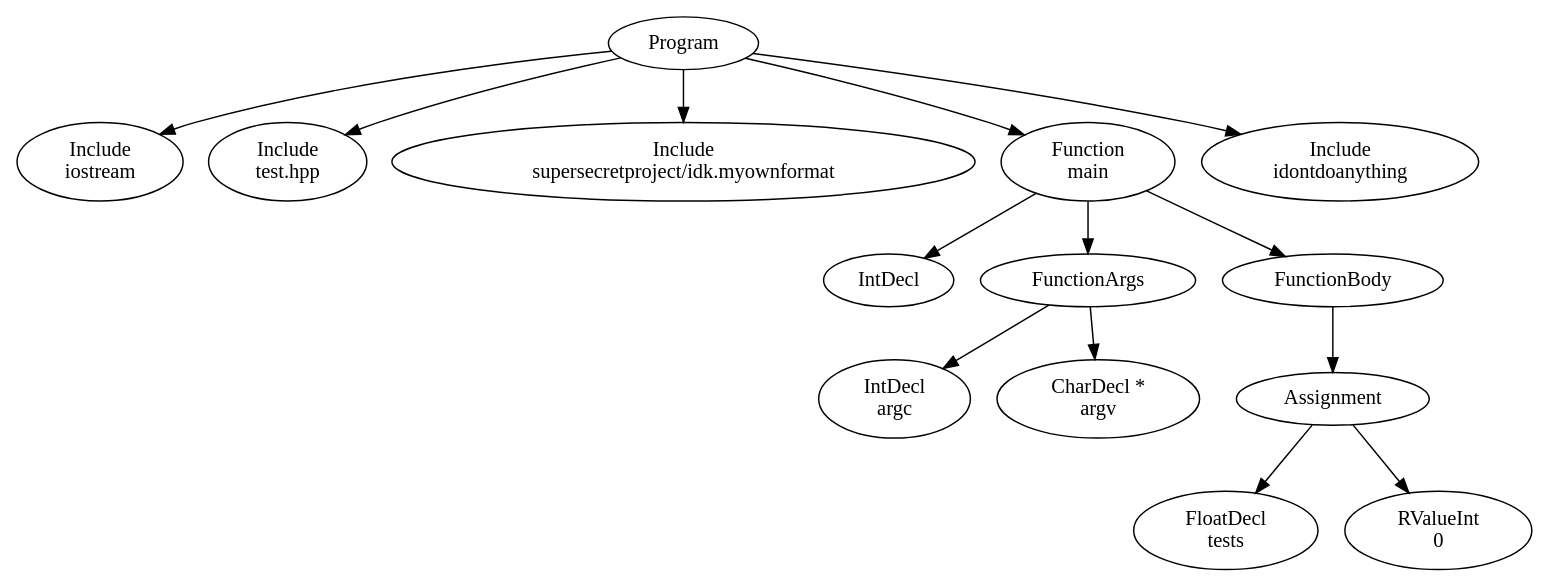
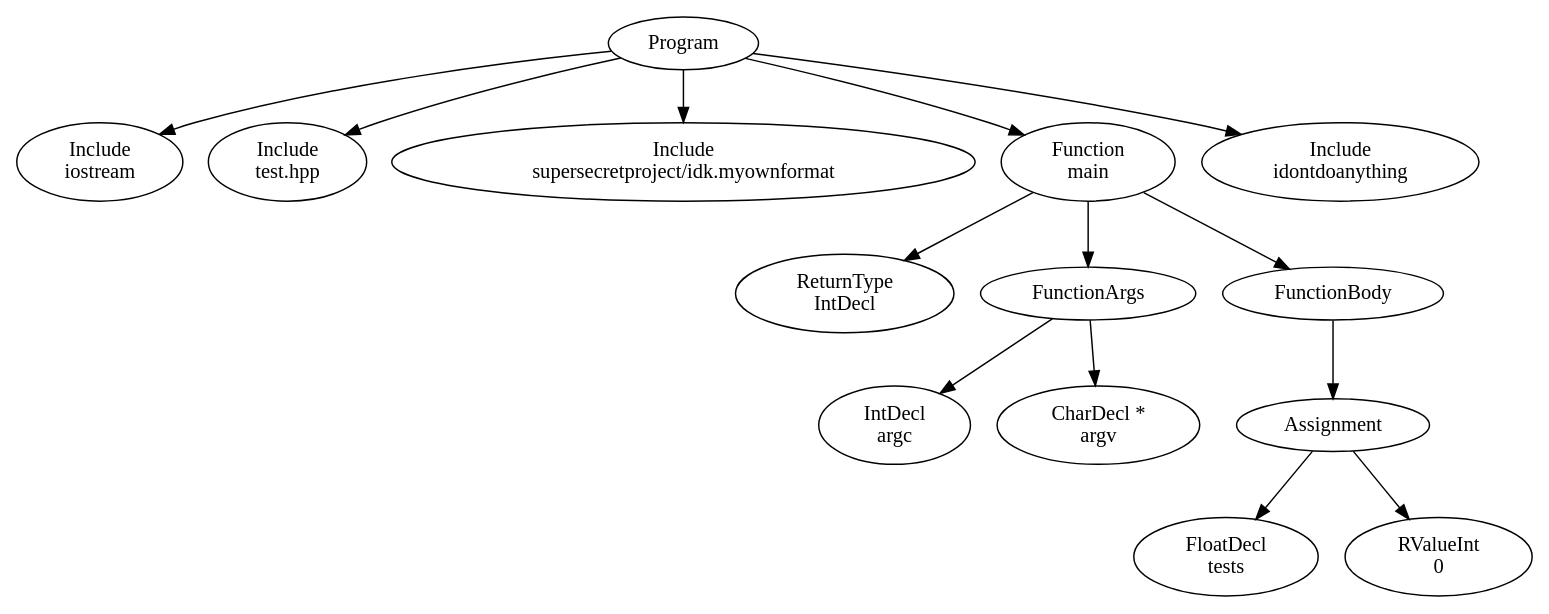
The diagram in official/res/solutions/includes.dot (FedericoQuin/Compilers), drawn with Graphviz before and after one commit. The commit also changed 22 other files, not shown here.

```diff
--- a/official/res/solutions/includes.dot
+++ b/official/res/solutions/includes.dot
@@ -1,29 +1,29 @@
 digraph AST {
 5 [label="Program"];
 6 [label="Include \niostream"];
 7 [label="Include \ntest.hpp"];
 8 [label="Include \nsupersecretproject/idk.myownformat"];
 9 [label="Function \nmain"];
-10 [label="IntDecl"];
+10 [label="ReturnType \nIntDecl"];
 11 [label="FunctionArgs"];
 12 [label="IntDecl \nargc"];
 13 [label="CharDecl * \nargv"];
 11 -> 12;
 11 -> 13;
 14 [label="FunctionBody"];
 15 [label="Assignment"];
 16 [label="FloatDecl \ntests"];
 17 [label="RValueInt \n0"];
 15 -> 16;
 15 -> 17;
 14 -> 15;
 9 -> 10;
 9 -> 11;
 9 -> 14;
 18 [label="Include \nidontdoanything"];
 5 -> 6;
 5 -> 7;
 5 -> 8;
 5 -> 9;
 5 -> 18;
 }
```
